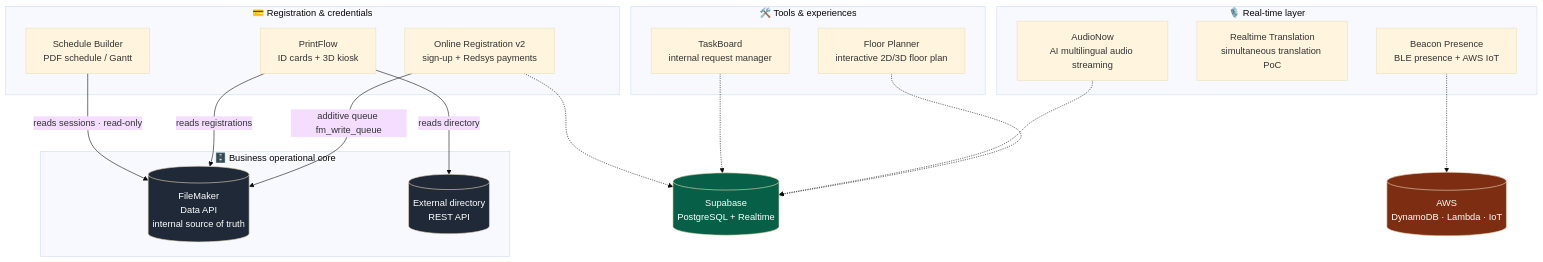
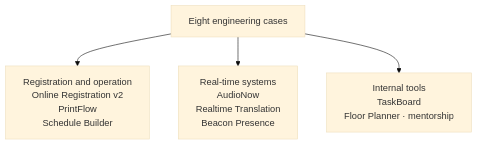
One commit to aleglope/production-systems-case-studies changed the diagram in README.md. Above: the diagram before and after it, drawn with Mermaid (base theme). The commit also changed other lines of this file and 25 other files, not shown here.

First line of the commit message:
Clarify contributions and delivery scope across eight engineering case studies (#1)

````diff
--- a/README.md
+++ b/README.md
@@ -36,39 +39,7 @@
 ```mermaid
 flowchart TB
-    subgraph CORE["🗄️ Business operational core"]
-        FM[("FileMaker<br/>Data API<br/>internal source of truth")]
-        HEL[("External directory<br/>REST API")]
-    end
-
-    subgraph REG["💳 Registration & credentials"]
-        IO["Online Registration v2<br/>sign-up + Redsys payments"]
-        BF["PrintFlow<br/>ID cards + 3D kiosk"]
-        PW["Schedule Builder<br/>PDF schedule / Gantt"]
-    end
-
-    subgraph LIVE["🎙️ Real-time layer"]
-        AN["AudioNow<br/>AI multilingual audio streaming"]
-        CT["Realtime Translation<br/>simultaneous translation PoC"]
-        BA["Beacon Presence<br/>BLE presence + AWS IoT"]
-    end
-
-    subgraph INTERNAL["🛠️ Tools & experiences"]
-        SC["Floor Planner<br/>interactive 2D/3D floor plan"]
-        LT["TaskBoard<br/>internal request manager"]
-    end
-
-    IO -- "additive queue fm_write_queue" --> FM
-    BF -- "reads registrations" --> FM
-    BF -- "reads directory" --> HEL
-    PW -- "reads sessions · read-only" --> FM
-    SC -.-> SUPA[("Supabase<br/>PostgreSQL + Realtime")]
-    AN -.-> SUPA
-    LT -.-> SUPA
-    IO -.-> SUPA
-    BA -.-> AWS[("AWS<br/>DynamoDB · Lambda · IoT")]
-
-    style FM fill:#1f2937,color:#fff
-    style HEL fill:#1f2937,color:#fff
-    style SUPA fill:#065f46,color:#fff
-    style AWS fill:#7c2d12,color:#fff
+    A["Eight engineering cases"]
+    A --> R["Registration and operation<br/>Online Registration v2<br/>PrintFlow<br/>Schedule Builder"]
+    A --> T["Real-time systems<br/>AudioNow<br/>Realtime Translation<br/>Beacon Presence"]
+    A --> I["Internal tools<br/>TaskBoard<br/>Floor Planner · mentorship"]
 ```
````
